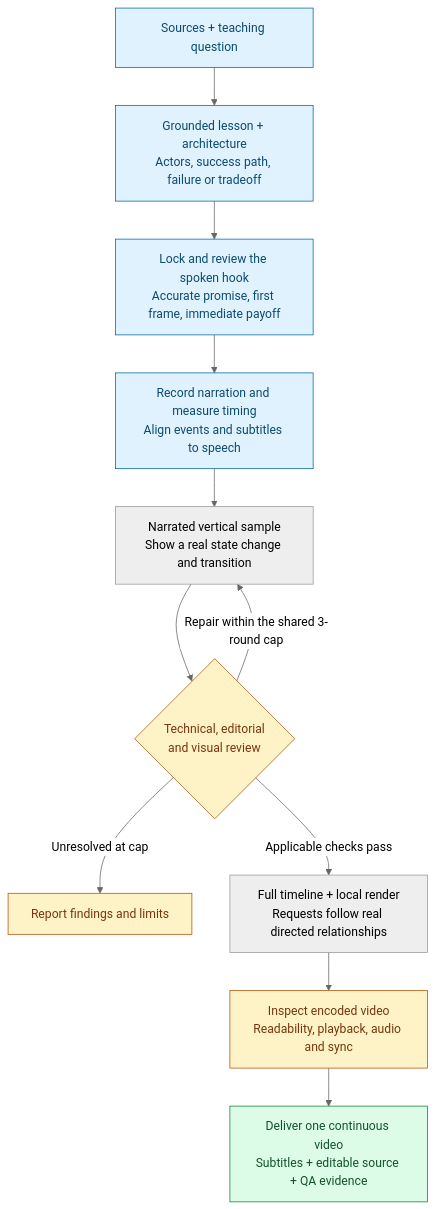
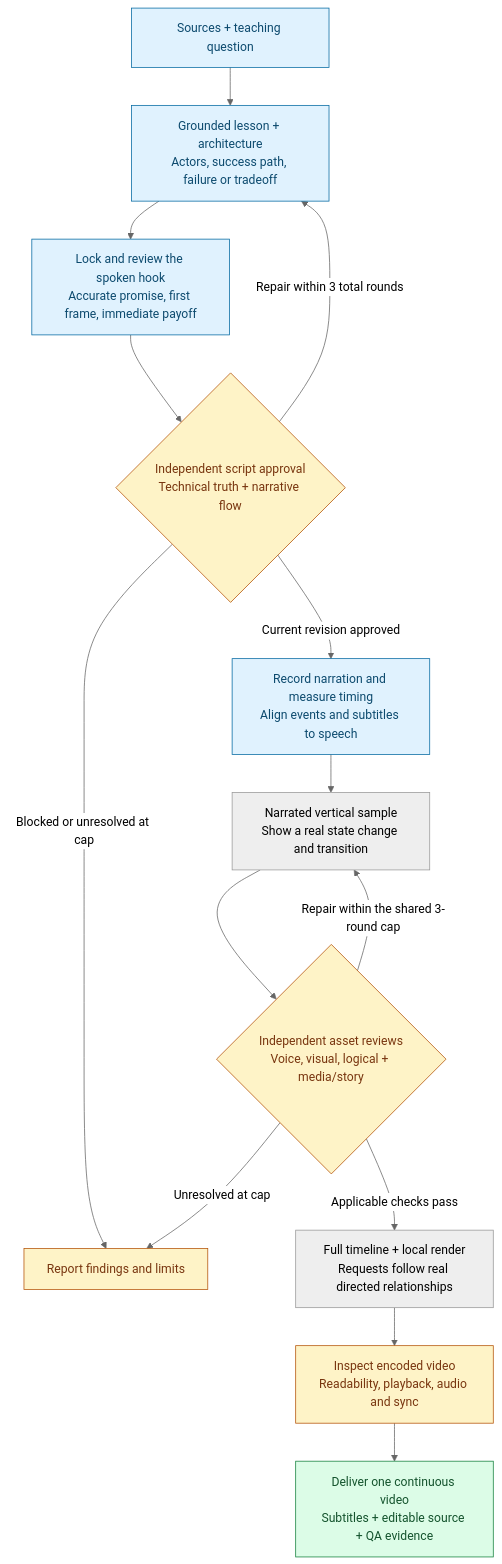
The diagram in README.md (JeffreyFerreiras/ai-skills), drawn with Mermaid (neutral theme) before and after one commit. The commit also changed other lines of this file and 8 other files, not shown here.

````diff
--- a/README.md
+++ b/README.md
@@ -44,19 +44,22 @@
 ```mermaid
 flowchart TD
     A["Sources + teaching question"] --> B["Grounded lesson + architecture<br/>Actors, success path, failure or tradeoff"]
     B --> J["Lock and review the spoken hook<br/>Accurate promise, first frame, immediate payoff"]
-    J --> C["Record narration and measure timing<br/>Align events and subtitles to speech"]
+    J --> K{"Independent script approval<br/>Technical truth + narrative flow"}
+    K -->|"Repair within 3 total rounds"| B
+    K -->|"Blocked or unresolved at cap"| X
+    K -->|"Current revision approved"| C["Record narration and measure timing<br/>Align events and subtitles to speech"]
     C --> D["Narrated vertical sample<br/>Show a real state change and transition"]
-    D --> E{"Technical, editorial<br/>and visual review"}
+    D --> E{"Independent asset reviews<br/>Voice, visual, logical + media/story"}
     E -->|"Repair within the shared 3-round cap"| D
     E -->|"Unresolved at cap"| X["Report findings and limits"]
     E -->|"Applicable checks pass"| F["Full timeline + local render<br/>Requests follow real directed relationships"]
     F --> G["Inspect encoded video<br/>Readability, playback, audio and sync"]
     G --> H["Deliver one continuous video<br/>Subtitles + editable source + QA evidence"]
     classDef plan fill:#e0f2fe,stroke:#0369a1,color:#0c4a6e;
     classDef review fill:#fef3c7,stroke:#b45309,color:#78350f;
     classDef output fill:#dcfce7,stroke:#15803d,color:#14532d;
     class A,B,J,C plan;
-    class E,G,X review;
+    class K,E,G,X review;
     class H output;
 ```
````
